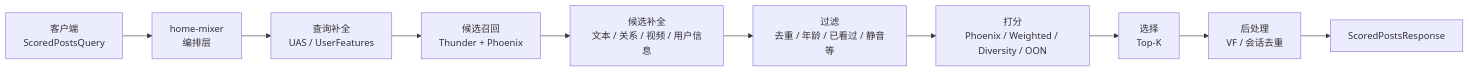
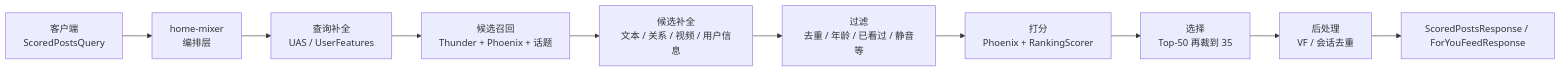
Before and after one commit to freefcw/x-algorithm: the diagram in docs/home-mixer/README.md, drawn with Mermaid. The commit also changed 44 other files, not shown here.

````diff
--- a/docs/home-mixer/README.md
+++ b/docs/home-mixer/README.md
@@ -19,12 +19,12 @@
 ```mermaid
 flowchart LR
     Client["客户端<br/>ScoredPostsQuery"] --> HM["home-mixer<br/>编排层"]
     HM --> QH["查询补全<br/>UAS / UserFeatures"]
-    QH --> SRC["候选召回<br/>Thunder + Phoenix"]
+    QH --> SRC["候选召回<br/>Thunder + Phoenix + 话题"]
     SRC --> HYD["候选补全<br/>文本 / 关系 / 视频 / 用户信息"]
     HYD --> FIL["过滤<br/>去重 / 年龄 / 已看过 / 静音等"]
-    FIL --> SCO["打分<br/>Phoenix / Weighted / Diversity / OON"]
-    SCO --> SEL["选择<br/>Top-K"]
+    FIL --> SCO["打分<br/>Phoenix + RankingScorer"]
+    SCO --> SEL["选择<br/>Top-50 再裁到 35"]
     SEL --> POST["后处理<br/>VF / 会话去重"]
-    POST --> RESP["ScoredPostsResponse"]
+    POST --> RESP["ScoredPostsResponse / ForYouFeedResponse"]
 ```
````
